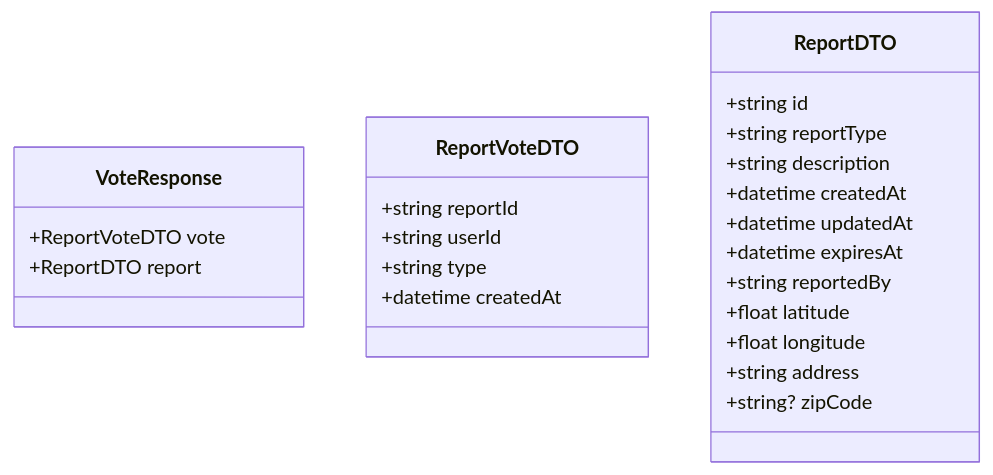
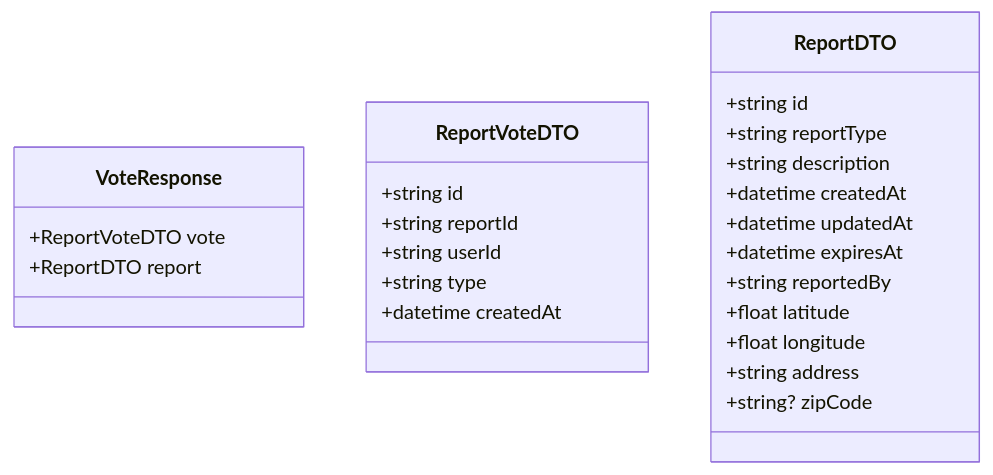
One commit to zhangs-tech/jalan-aman changed the diagram in docs/use_cases/confirm_report_use_case.md. Above: the diagram before and after it, drawn with Mermaid. The commit also changed other lines of this file and 3 other files, not shown here.

````diff
--- a/docs/use_cases/confirm_report_use_case.md
+++ b/docs/use_cases/confirm_report_use_case.md
@@ -53,26 +54,27 @@
 ```mermaid
 classDiagram
     class VoteResponse {
         +ReportVoteDTO vote
         +ReportDTO report
     }
     class ReportVoteDTO {
+        +string id
         +string reportId
         +string userId
         +string type
         +datetime createdAt
     }
     class ReportDTO {
         +string id
         +string reportType
         +string description
         +datetime createdAt
         +datetime updatedAt
         +datetime expiresAt
         +string reportedBy
         +float latitude
         +float longitude
         +string address
         +string? zipCode
     }
 ```
````
